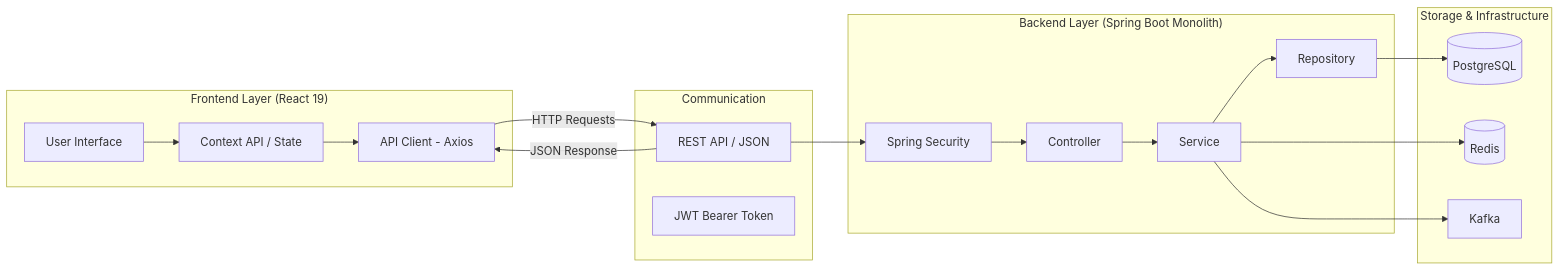
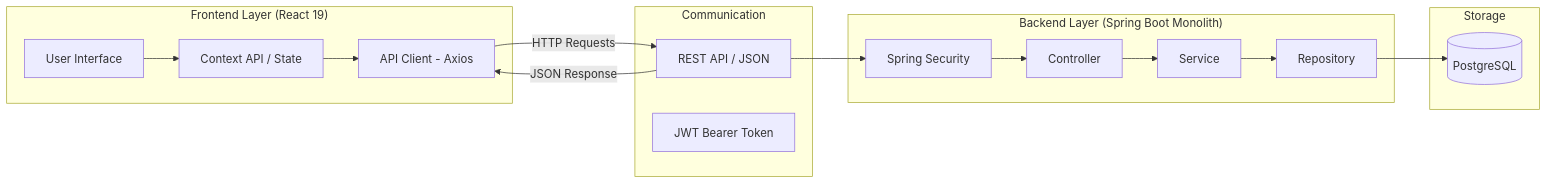
Before and after one commit to KaitoDeus/NeoShop: the diagram in docs/architecture/system_architecture.md, drawn with Mermaid. The commit also changed other lines of this file and 8 other files, not shown here.

Commit message:
docs: update architecture docs and move database scripts to root

````diff
--- a/docs/architecture/system_architecture.md
+++ b/docs/architecture/system_architecture.md
@@ -7,38 +7,34 @@
 ```mermaid
 graph LR
     subgraph "Frontend Layer (React 19)"
         UI[User Interface]
         States[Context API / State]
         Axios[API Client - Axios]
     end
 
     subgraph "Communication"
         REST[REST API / JSON]
         Auth[JWT Bearer Token]
     end
 
     subgraph "Backend Layer (Spring Boot Monolith)"
         Ctrl[Controller]
         Svc[Service]
         Repo[Repository]
         Sec[Spring Security]
     end
 
-    subgraph "Storage & Infrastructure"
+    subgraph "Storage"
         DB[(PostgreSQL)]
-        Cache[(Redis)]
-        MQ[Kafka]
     end
 
     UI --> States
     States --> Axios
     Axios -- HTTP Requests --> REST
     REST -- JSON Response --> Axios
     REST --> Sec
     Sec --> Ctrl
     Ctrl --> Svc
     Svc --> Repo
     Repo --> DB
-    Svc --> Cache
-    Svc --> MQ
 ```
````
